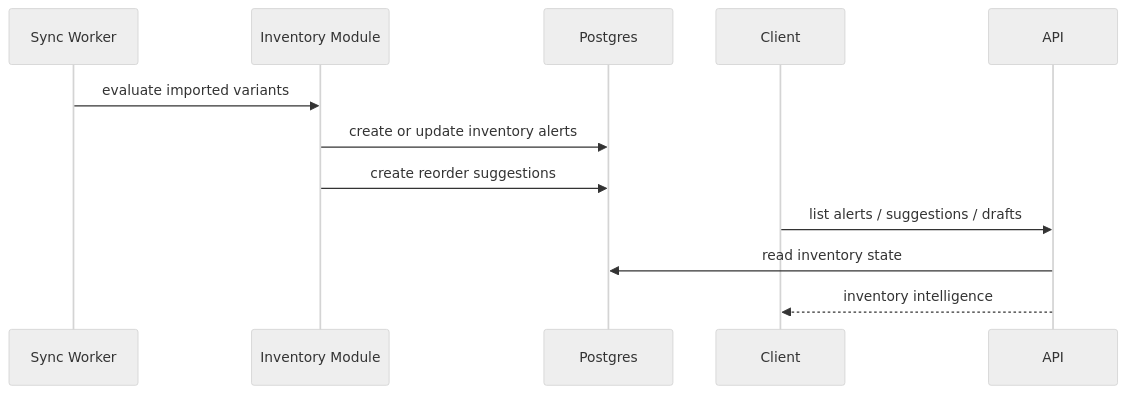
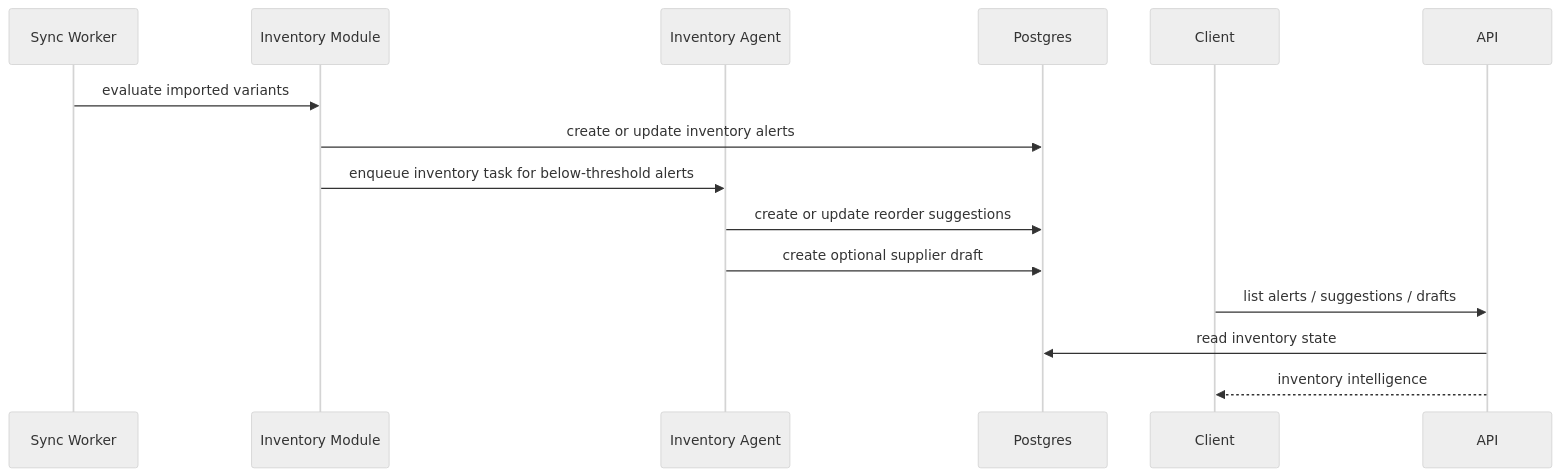
One commit to danishali778/ecommerce_ai changed diagram 11 of 13 in docs/public/api-design.md. Above: the diagram before and after it, drawn with Mermaid (neutral theme). The commit also changed other lines of this file and 4 other files, not shown here.

````diff
--- a/docs/public/api-design.md
+++ b/docs/public/api-design.md
@@ -226,15 +229,18 @@
 ```mermaid
 sequenceDiagram
     participant Sync as Sync Worker
     participant Inv as Inventory Module
+    participant Agent as Inventory Agent
     participant DB as Postgres
     participant Client
     participant API
 
     Sync->>Inv: evaluate imported variants
     Inv->>DB: create or update inventory alerts
-    Inv->>DB: create reorder suggestions
+    Inv->>Agent: enqueue inventory task for below-threshold alerts
+    Agent->>DB: create or update reorder suggestions
+    Agent->>DB: create optional supplier draft
     Client->>API: list alerts / suggestions / drafts
     API->>DB: read inventory state
     API-->>Client: inventory intelligence
 ```
````
